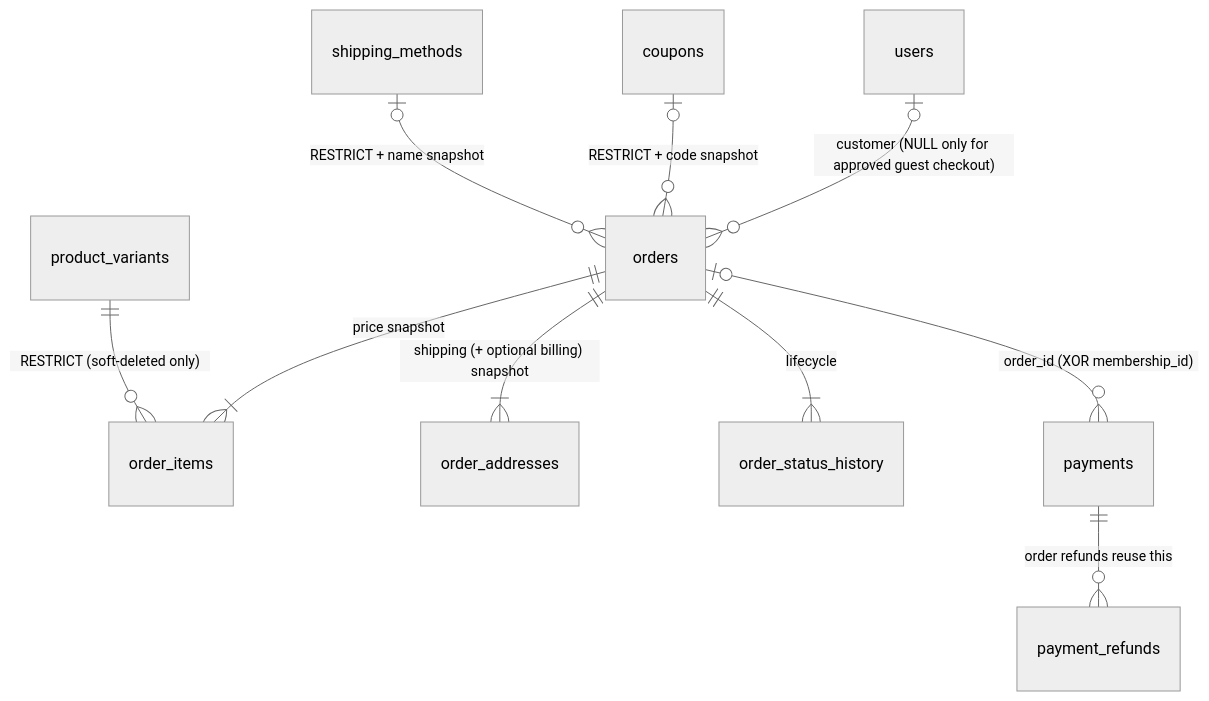
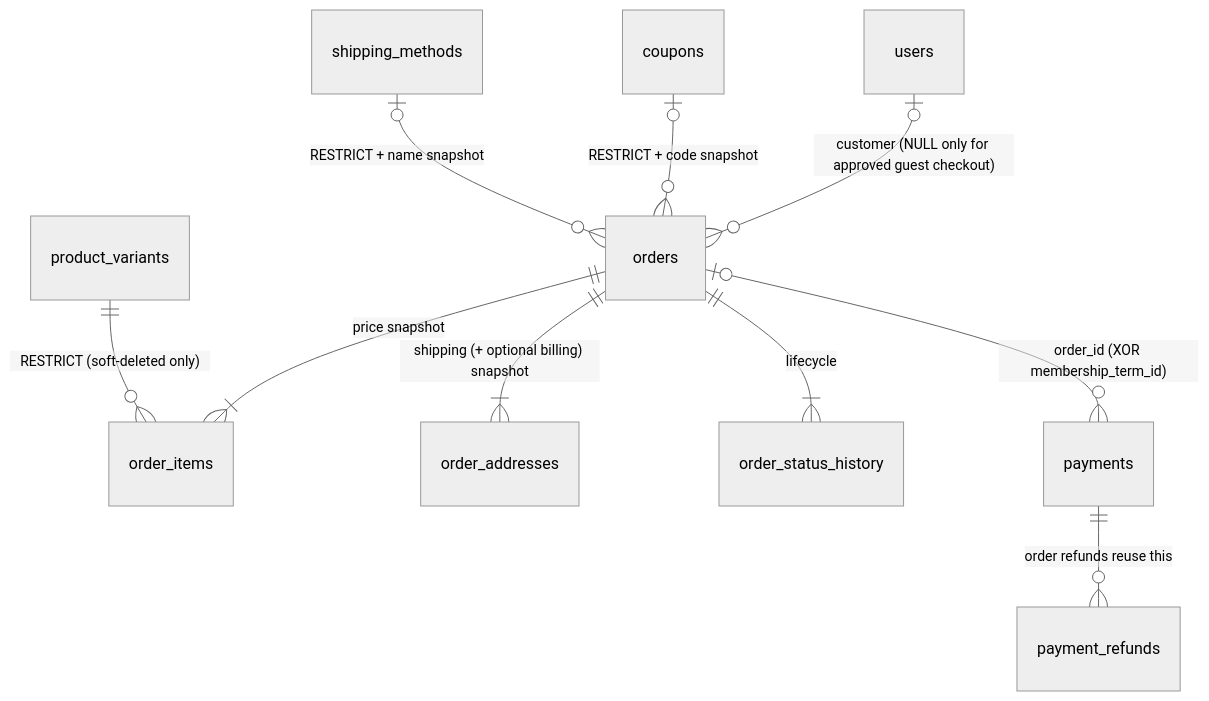
One commit to chintha9900-crypto/ACSL-laravel changed the sixth of 7 diagrams in docs/database/13_RELATIONSHIP_MAP.md. Above: the diagram before and after it, drawn with Mermaid (neutral theme). The commit also changed other lines of this file and 34 other files, not shown here.

````diff
--- a/docs/database/13_RELATIONSHIP_MAP.md
+++ b/docs/database/13_RELATIONSHIP_MAP.md
@@ -124,12 +121,12 @@
 ```mermaid
 erDiagram
     users |o--o{ orders : "customer (NULL only for approved guest checkout)"
     orders ||--|{ order_items : "price snapshot"
     orders ||--|{ order_addresses : "shipping (+ optional billing) snapshot"
     orders ||--|{ order_status_history : "lifecycle"
-    orders |o--o{ payments : "order_id (XOR membership_id)"
+    orders |o--o{ payments : "order_id (XOR membership_term_id)"
     coupons |o--o{ orders : "RESTRICT + code snapshot"
     shipping_methods |o--o{ orders : "RESTRICT + name snapshot"
     product_variants ||--o{ order_items : "RESTRICT (soft-deleted only)"
     payments ||--o{ payment_refunds : "order refunds reuse this"
 ```
````
